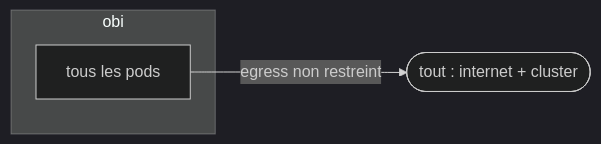
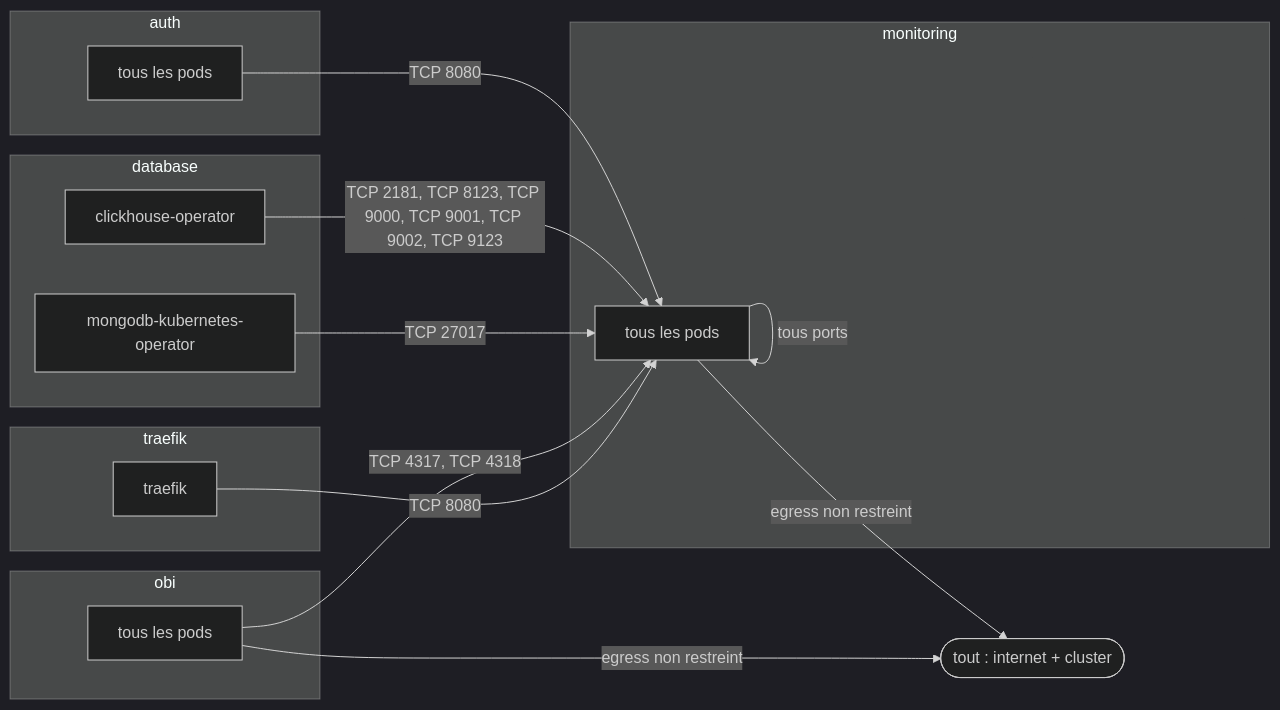
One commit to batleforc/weebo-si changed the first of 2 diagrams in 0.docs/content/docs/security/network-flows/monitoring.mdx. Above: the diagram before and after it, drawn with Mermaid (dark theme). The commit also changed other lines of this file and 10 other files, not shown here.

First line of the commit message:
feat(cilium): default deny wave 3, ingress for database, monitoring, auth, cert-manager, external-secrets and vault-operator

````diff
--- a/0.docs/content/docs/security/network-flows/monitoring.mdx
+++ b/0.docs/content/docs/security/network-flows/monitoring.mdx
@@ -22,8 +22,28 @@
 ```mermaid
 flowchart LR
   n_entity_open_f65d5d(["tout : internet + cluster"])
+  subgraph ns_auth["auth"]
+    n_ns_auth_895bb8["tous les pods"]
+  end
+  subgraph ns_database["database"]
+    n_ns_database_89cec4["clickhouse-operator"]
+    n_ns_database_a3a908["mongodb-kubernetes-operator"]
+  end
+  subgraph ns_monitoring["monitoring"]
+    n_ns_monitoring_1d4c40["tous les pods"]
+  end
   subgraph ns_obi["obi"]
     n_ns_obi_e941c2["tous les pods"]
   end
+  subgraph ns_traefik["traefik"]
+    n_ns_traefik_d50a8d["traefik"]
+  end
+  n_ns_auth_895bb8 -->|"TCP 8080"| n_ns_monitoring_1d4c40
+  n_ns_database_89cec4 -->|"TCP 2181, TCP 8123, TCP 9000, TCP 9001, TCP 9002, TCP 9123"| n_ns_monitoring_1d4c40
+  n_ns_database_a3a908 -->|"TCP 27017"| n_ns_monitoring_1d4c40
+  n_ns_monitoring_1d4c40 -->|"egress non restreint"| n_entity_open_f65d5d
+  n_ns_monitoring_1d4c40 -->|"tous ports"| n_ns_monitoring_1d4c40
   n_ns_obi_e941c2 -->|"egress non restreint"| n_entity_open_f65d5d
+  n_ns_obi_e941c2 -->|"TCP 4317, TCP 4318"| n_ns_monitoring_1d4c40
+  n_ns_traefik_d50a8d -->|"TCP 8080"| n_ns_monitoring_1d4c40
 ```
````
